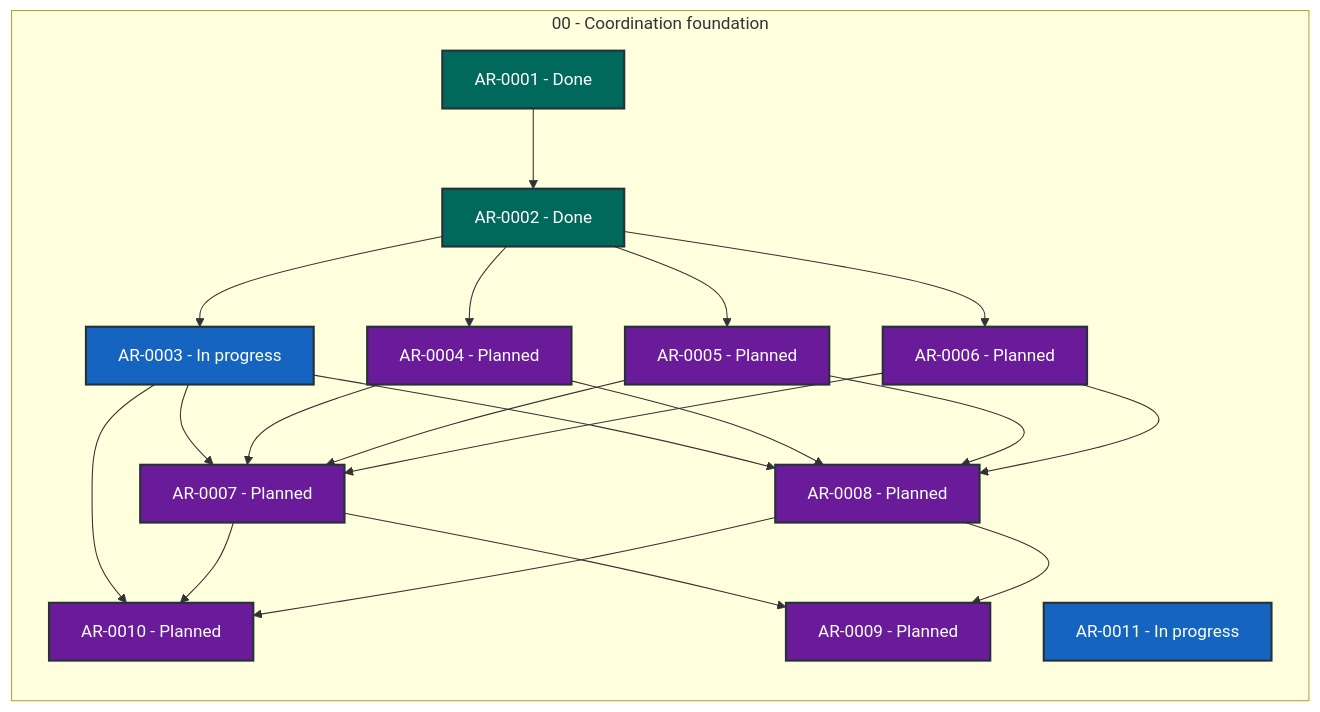
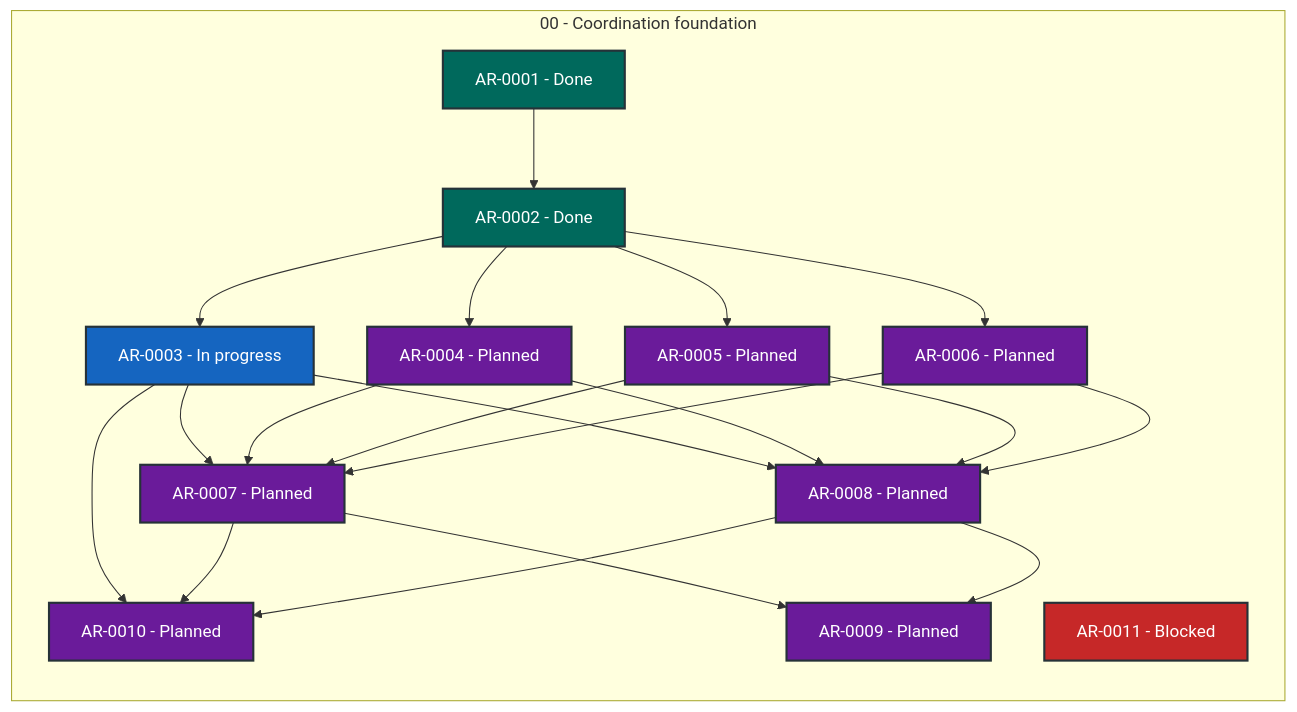
The diagram in STATUS.md (martin-beck/agent-workflow-coordinator-state), drawn with Mermaid before and after one commit. The commit also changed other lines of this file and 2 other files, not shown here.

````diff
--- a/STATUS.md
+++ b/STATUS.md
@@ -27,43 +27,43 @@
 ```mermaid
 flowchart LR
     subgraph series_00["00 - Coordination foundation"]
         direction TB
         AR_0001["AR-0001 - Done"]:::status_done
         AR_0002["AR-0002 - Done"]:::status_done
         AR_0003["AR-0003 - In progress"]:::status_in_progress
         AR_0004["AR-0004 - Planned"]:::status_planned
         AR_0005["AR-0005 - Planned"]:::status_planned
         AR_0006["AR-0006 - Planned"]:::status_planned
         AR_0007["AR-0007 - Planned"]:::status_planned
         AR_0008["AR-0008 - Planned"]:::status_planned
         AR_0009["AR-0009 - Planned"]:::status_planned
         AR_0010["AR-0010 - Planned"]:::status_planned
-        AR_0011["AR-0011 - In progress"]:::status_in_progress
+        AR_0011["AR-0011 - Blocked"]:::status_blocked
     end
     AR_0001 --> AR_0002
     AR_0002 --> AR_0003
     AR_0002 --> AR_0004
     AR_0002 --> AR_0005
     AR_0002 --> AR_0006
     AR_0003 --> AR_0007
     AR_0003 --> AR_0008
     AR_0003 --> AR_0010
     AR_0004 --> AR_0007
     AR_0004 --> AR_0008
     AR_0005 --> AR_0007
     AR_0005 --> AR_0008
     AR_0006 --> AR_0007
     AR_0006 --> AR_0008
     AR_0007 --> AR_0009
     AR_0007 --> AR_0010
     AR_0008 --> AR_0009
     AR_0008 --> AR_0010
     classDef status_in_progress fill:#1565c0,color:#ffffff,stroke:#263238,stroke-width:2px
     classDef status_open fill:#2e7d32,color:#ffffff,stroke:#263238,stroke-width:2px
     classDef status_blocked fill:#c62828,color:#ffffff,stroke:#263238,stroke-width:2px
     classDef status_planned fill:#6a1b9a,color:#ffffff,stroke:#263238,stroke-width:2px
     classDef status_future fill:#455a64,color:#ffffff,stroke:#263238,stroke-width:2px
     classDef status_done fill:#00695c,color:#ffffff,stroke:#263238,stroke-width:2px
     classDef status_cancelled fill:#616161,color:#ffffff,stroke:#263238,stroke-width:2px
     classDef status_superseded fill:#5d4037,color:#ffffff,stroke:#263238,stroke-width:2px
 ```
````
